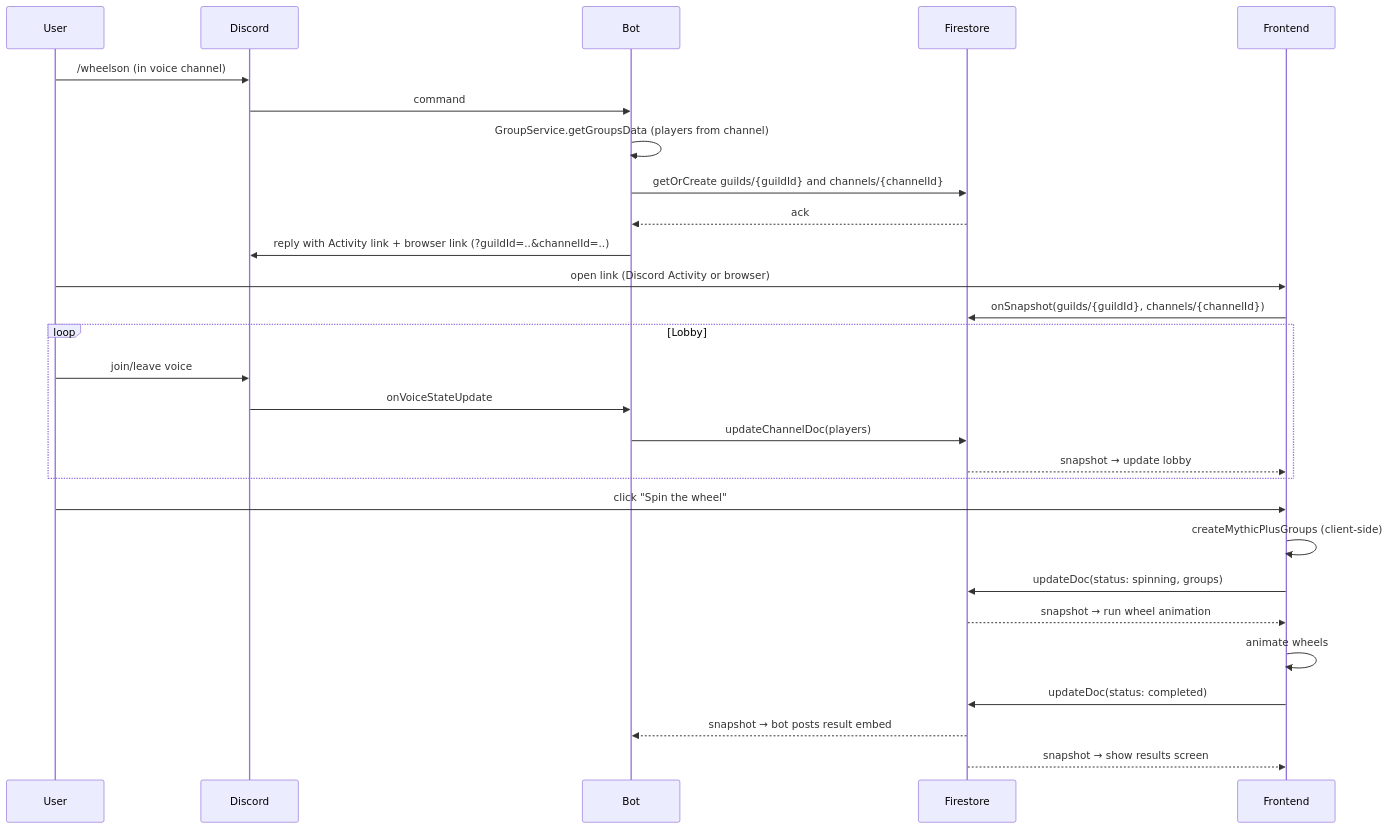
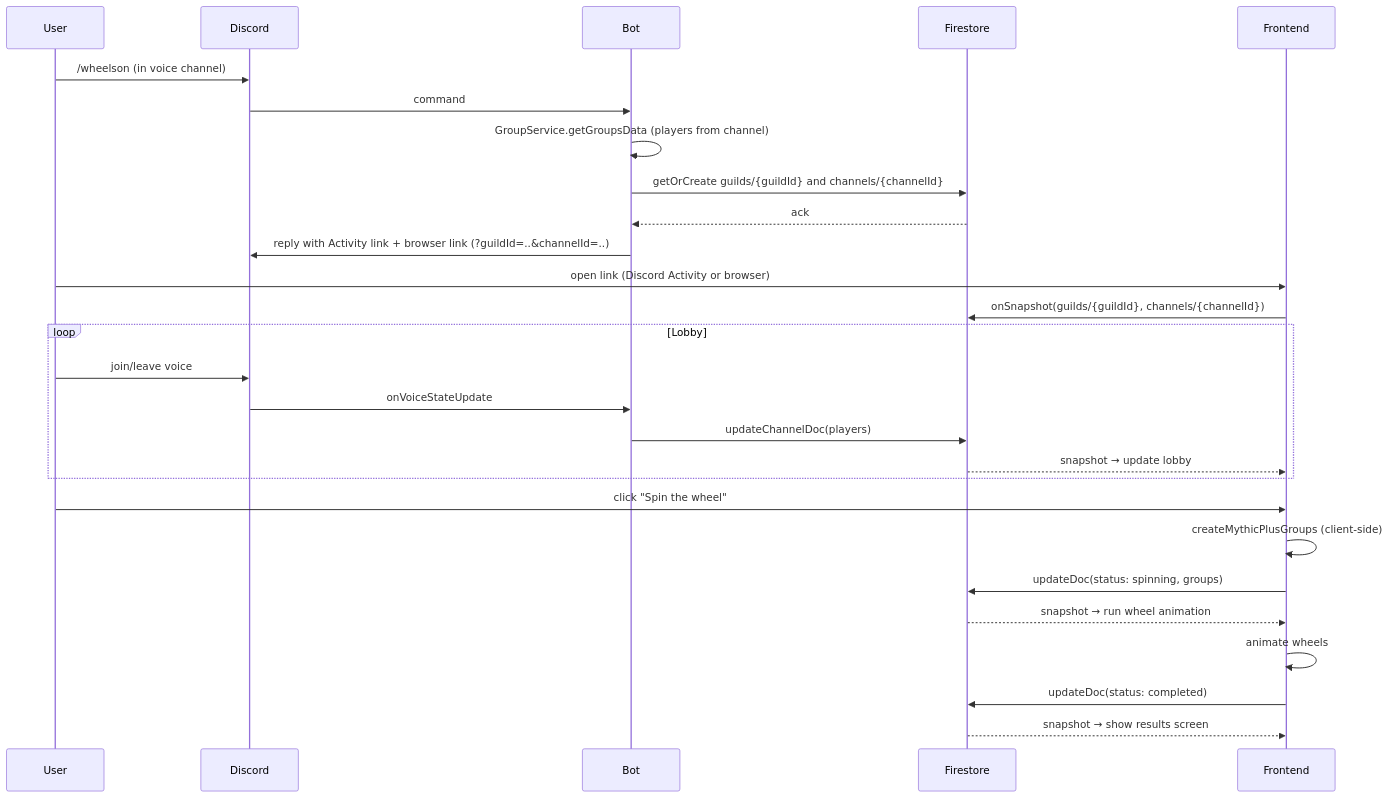
The fourth of 5 diagrams in ARCHITECTURE.md (TytaniumDev/MythicPlusDiscordBot), drawn with Mermaid before and after one commit. The commit also changed other lines of this file and 23 other files, not shown here.

````diff
--- a/ARCHITECTURE.md
+++ b/ARCHITECTURE.md
@@ -253,33 +252,32 @@
 ```mermaid
 sequenceDiagram
     participant User
     participant Discord
     participant Bot
     participant Firestore
     participant Frontend
 
     User->>Discord: /wheelson (in voice channel)
     Discord->>Bot: command
     Bot->>Bot: GroupService.getGroupsData (players from channel)
     Bot->>Firestore: getOrCreate guilds/{guildId} and channels/{channelId}
     Firestore-->>Bot: ack
     Bot->>Discord: reply with Activity link + browser link (?guildId=..&channelId=..)
     User->>Frontend: open link (Discord Activity or browser)
     Frontend->>Firestore: onSnapshot(guilds/{guildId}, channels/{channelId})
 
     loop Lobby
         User->>Discord: join/leave voice
         Discord->>Bot: onVoiceStateUpdate
         Bot->>Firestore: updateChannelDoc(players)
         Firestore-->>Frontend: snapshot → update lobby
     end
 
     User->>Frontend: click "Spin the wheel"
     Frontend->>Frontend: createMythicPlusGroups (client-side)
     Frontend->>Firestore: updateDoc(status: spinning, groups)
     Firestore-->>Frontend: snapshot → run wheel animation
     Frontend->>Frontend: animate wheels
     Frontend->>Firestore: updateDoc(status: completed)
-    Firestore-->>Bot: snapshot → bot posts result embed
     Firestore-->>Frontend: snapshot → show results screen
 ```
````
